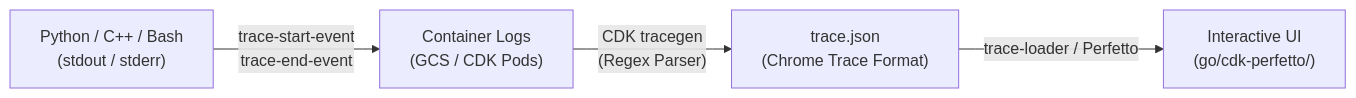
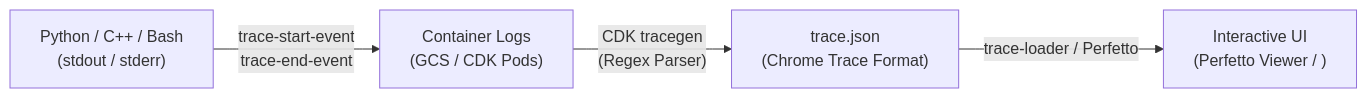
Before and after one commit to maxwillzq/llm_skills: the first of 2 diagrams in skills/llm_tools/references/cdk_debugging_guide.md, drawn with Mermaid. The commit also changed other lines of this file and 13 other files, not shown here.

````diff
--- a/skills/llm_tools/references/cdk_debugging_guide.md
+++ b/skills/llm_tools/references/cdk_debugging_guide.md
@@ -11,6 +11,6 @@
 ```mermaid
 flowchart LR
     A["Python / C++ / Bash\n(stdout / stderr)"] -->|"trace-start-event\ntrace-end-event"| B["Container Logs\n(GCS / CDK Pods)"]
     B -->|"CDK tracegen\n(Regex Parser)"| C["trace.json\n(Chrome Trace Format)"]
-    C -->|"trace-loader / Perfetto"| D["Interactive UI\n(go/cdk-perfetto/<JOB_ID>)"]
+    C -->|"trace-loader / Perfetto"| D["Interactive UI\n(Perfetto Viewer / <JOB_ID>)"]
 ```
````
